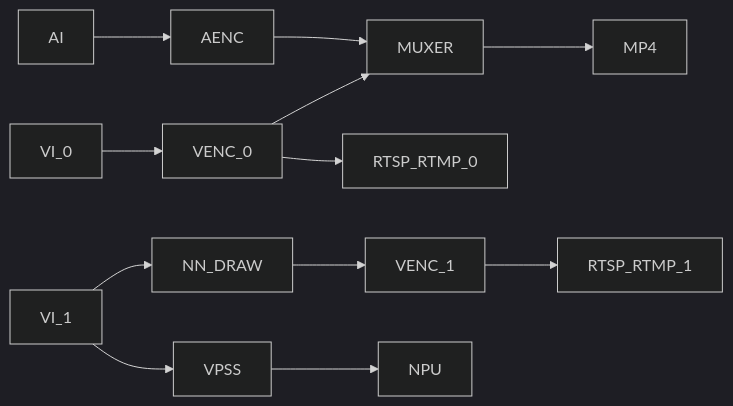
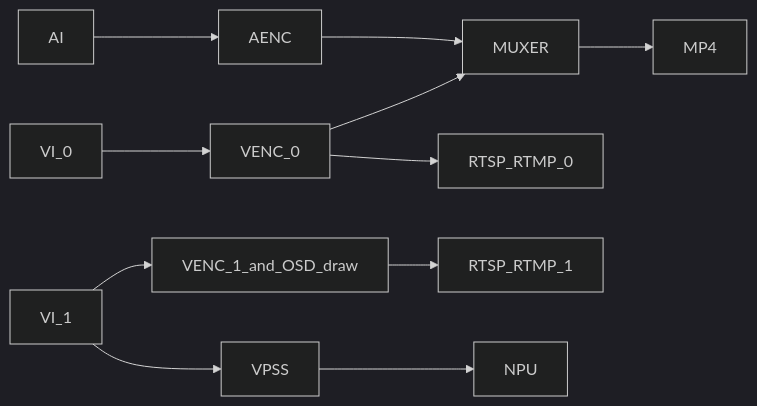
Before and after one commit to khadas/app_rkipc: the first of 8 diagrams in Rockchip_Developer_Guide_Linux_RKIPC_CN.md, drawn with Mermaid (dark theme). The commit also changed other lines of this file and 2 other files, not shown here.

Commit message:
rv1106: add venc osd to draw line for sub stream

````diff
--- a/Rockchip_Developer_Guide_Linux_RKIPC_CN.md
+++ b/Rockchip_Developer_Guide_Linux_RKIPC_CN.md
@@ -102,8 +103,8 @@
 ```mermaid
 graph LR
 	AI-->AENC-->MUXER-->MP4
 	VI_0-->VENC_0-->MUXER
 	VENC_0-->RTSP_RTMP_0
-	VI_1-->NN_DRAW-->VENC_1-->RTSP_RTMP_1
+	VI_1-->VENC_1_and_OSD_draw-->RTSP_RTMP_1
 	VI_1-->VPSS-->NPU
 ```
````
